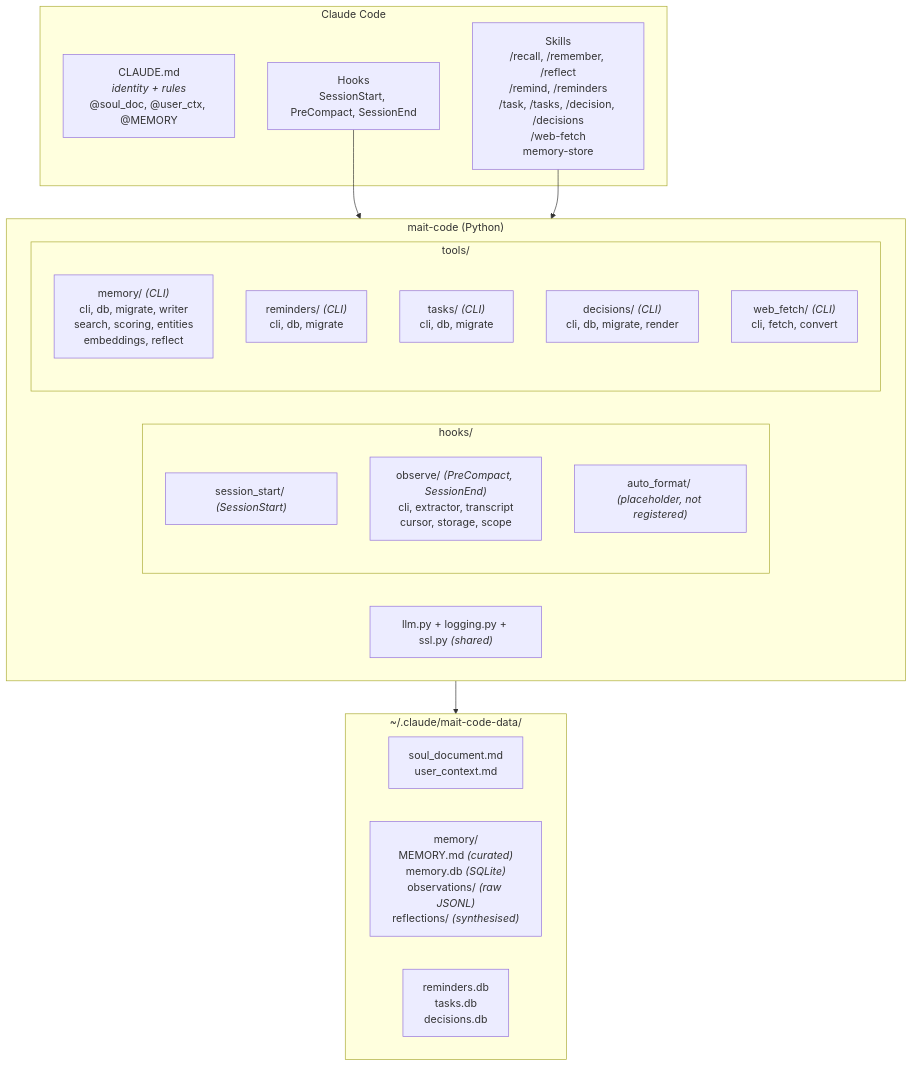
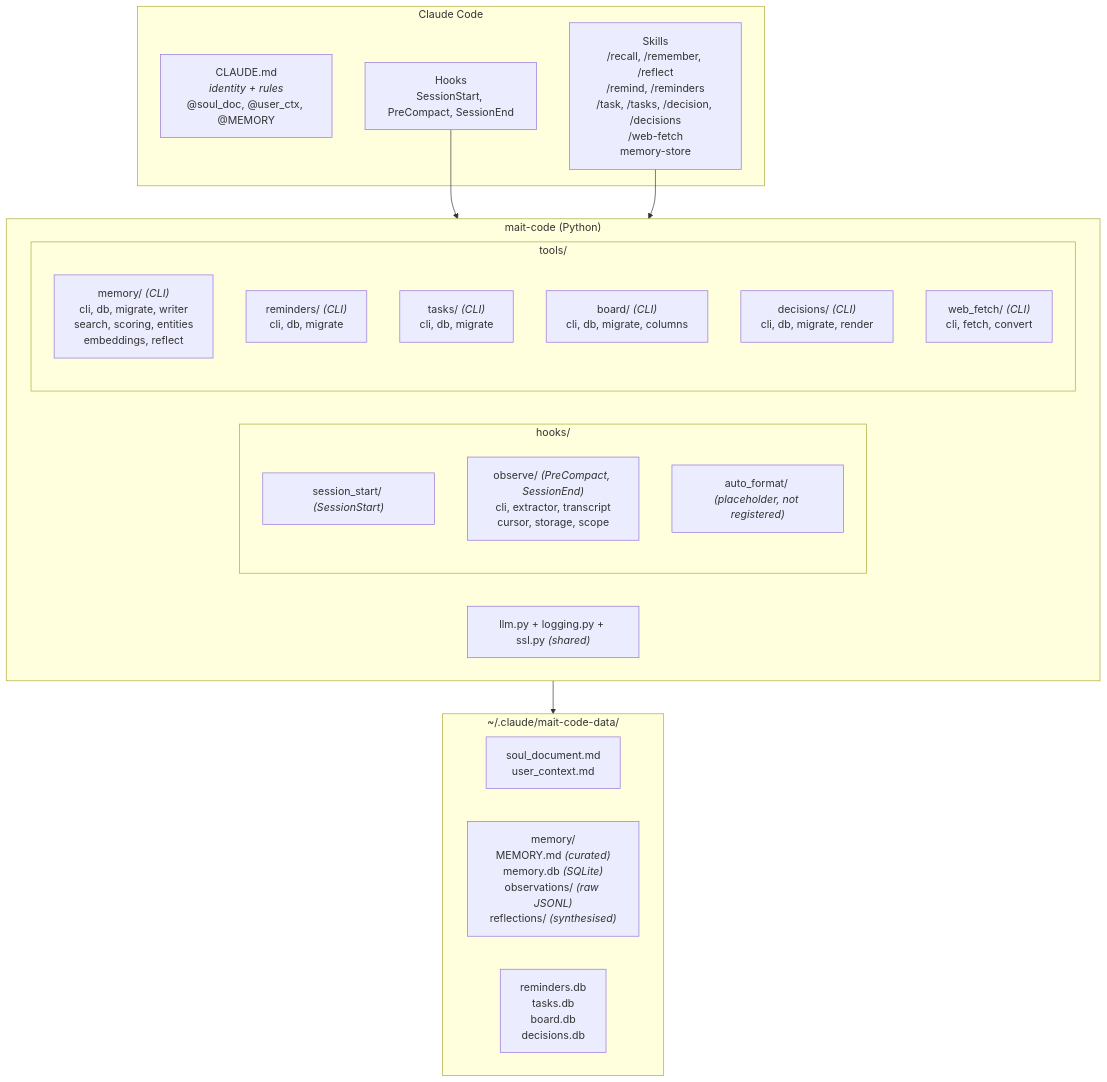
The first of 4 diagrams in docs/architecture.md (wiktordepina/mait-code), drawn with Mermaid before and after one commit. The commit also changed other lines of this file and 4 other files, not shown here.

First line of the commit message:
docs(board): document the board tool

````diff
--- a/docs/architecture.md
+++ b/docs/architecture.md
@@ -14,34 +14,35 @@
 ```mermaid
 graph TD
     subgraph claude_code ["Claude Code"]
         CLAUDE_MD["CLAUDE.md<br/><i>identity + rules</i><br/>@soul_doc, @user_ctx, @MEMORY"]
         HOOKS["Hooks<br/>SessionStart, PreCompact, SessionEnd"]
         SKILLS["Skills<br/>/recall, /remember, /reflect<br/>/remind, /reminders<br/>/task, /tasks, /decision, /decisions<br/>/web-fetch<br/>memory-store"]
     end
 
     subgraph mait_code ["mait-code (Python)"]
         subgraph hooks_pkg ["hooks/"]
             session_start["session_start/ <i>(SessionStart)</i>"]
             observe["observe/ <i>(PreCompact, SessionEnd)</i><br/>cli, extractor, transcript<br/>cursor, storage, scope"]
             auto_format["auto_format/ <i>(placeholder, not registered)</i>"]
         end
         subgraph tools_pkg ["tools/"]
             memory_tool["memory/ <i>(CLI)</i><br/>cli, db, migrate, writer<br/>search, scoring, entities<br/>embeddings, reflect"]
             reminders_tool["reminders/ <i>(CLI)</i><br/>cli, db, migrate"]
             tasks_tool["tasks/ <i>(CLI)</i><br/>cli, db, migrate"]
+            board_tool["board/ <i>(CLI)</i><br/>cli, db, migrate, columns"]
             decisions_tool["decisions/ <i>(CLI)</i><br/>cli, db, migrate, render"]
             web_fetch_tool["web_fetch/ <i>(CLI)</i><br/>cli, fetch, convert"]
         end
         shared["llm.py + logging.py + ssl.py <i>(shared)</i>"]
     end
 
     subgraph data_dir ["~/.claude/mait-code-data/"]
         identity["soul_document.md<br/>user_context.md"]
         memory_store["memory/<br/>MEMORY.md <i>(curated)</i><br/>memory.db <i>(SQLite)</i><br/>observations/ <i>(raw JSONL)</i><br/>reflections/ <i>(synthesised)</i>"]
-        other_dbs["reminders.db<br/>tasks.db<br/>decisions.db"]
+        other_dbs["reminders.db<br/>tasks.db<br/>board.db<br/>decisions.db"]
     end
 
     HOOKS --> mait_code
     SKILLS --> mait_code
     mait_code --> data_dir
 ```
````
